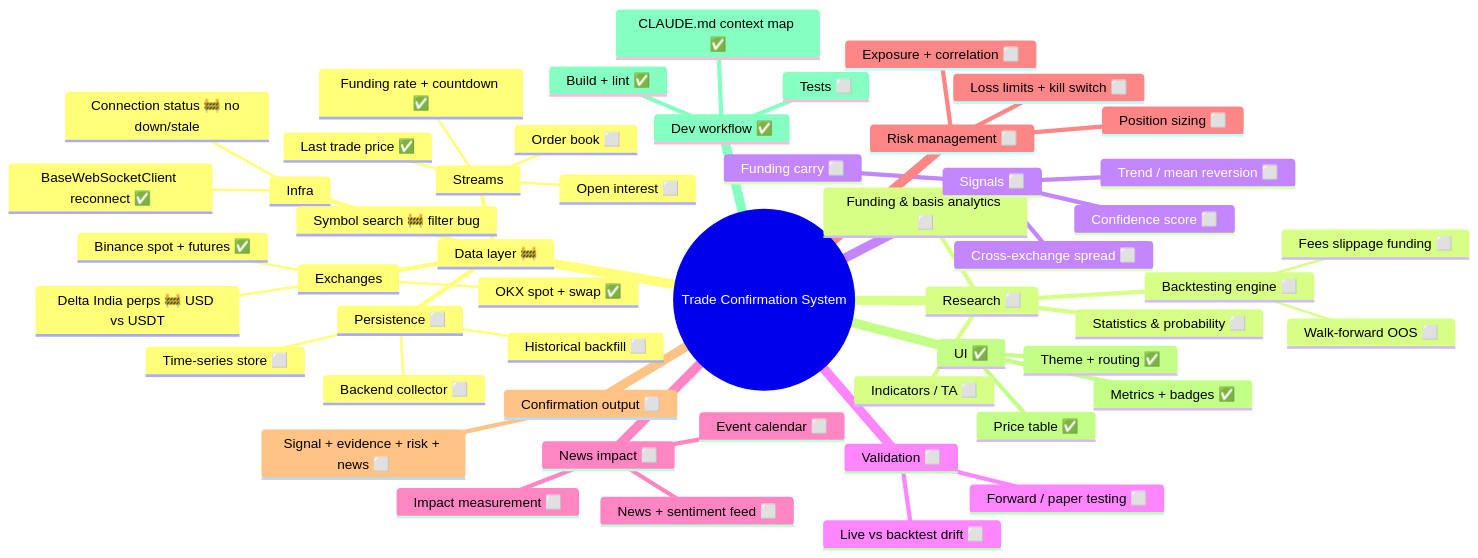
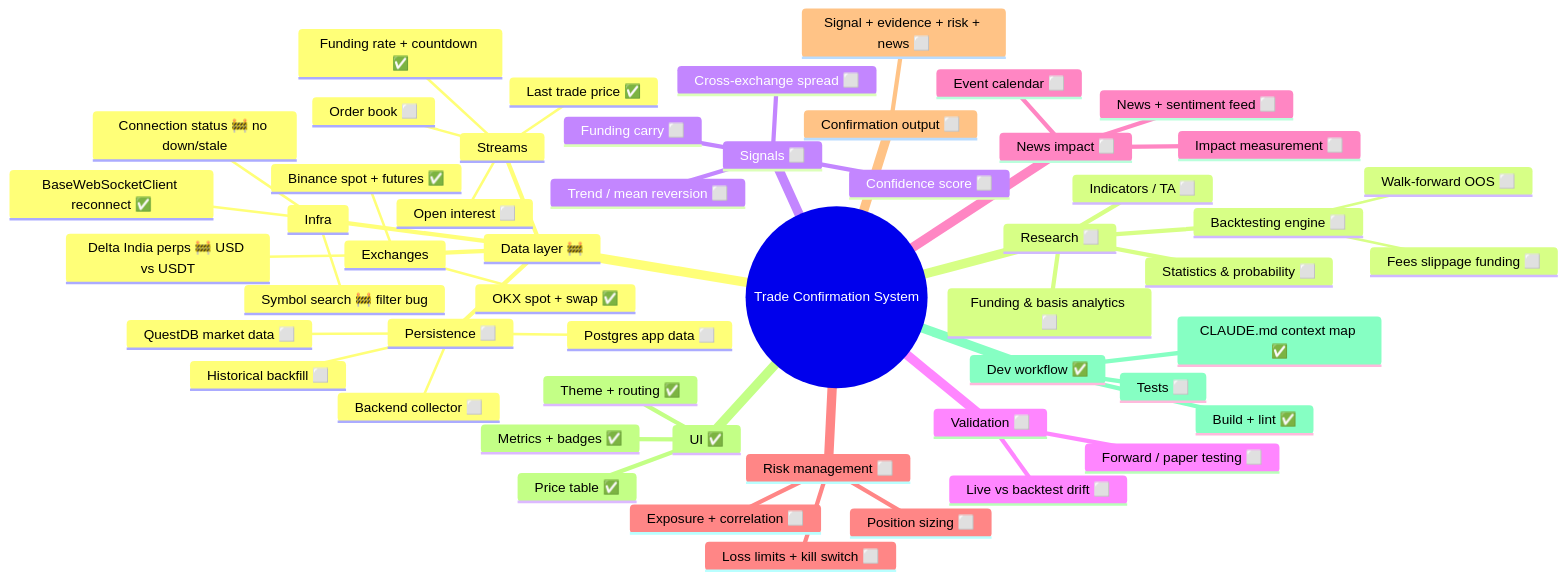
Before and after one commit to ADITYAGPT11/crypto_dashboard: the diagram in docs/context/MINDMAP.md, drawn with Mermaid. The commit also changed 4 other files, not shown here.

First line of the commit message:
Record approved decision: QuestDB for market data, PostgreSQL for app data

````diff
--- a/docs/context/MINDMAP.md
+++ b/docs/context/MINDMAP.md
@@ -7,55 +7,56 @@
 ```mermaid
 mindmap
   root((Trade Confirmation System))
     Data layer 🚧
       Exchanges
         Binance spot + futures ✅
         OKX spot + swap ✅
         Delta India perps 🚧 USD vs USDT
       Streams
         Last trade price ✅
         Funding rate + countdown ✅
         Order book ⬜
         Open interest ⬜
       Infra
         BaseWebSocketClient reconnect ✅
         Connection status 🚧 no down/stale
         Symbol search 🚧 filter bug
       Persistence ⬜
         Backend collector ⬜
-        Time-series store ⬜
+        QuestDB market data ⬜
+        Postgres app data ⬜
         Historical backfill ⬜
     Research ⬜
       Indicators / TA ⬜
       Funding & basis analytics ⬜
       Statistics & probability ⬜
       Backtesting engine ⬜
         Fees slippage funding ⬜
         Walk-forward OOS ⬜
     Signals ⬜
       Funding carry ⬜
       Cross-exchange spread ⬜
       Trend / mean reversion ⬜
       Confidence score ⬜
     Validation ⬜
       Forward / paper testing ⬜
       Live vs backtest drift ⬜
     News impact ⬜
       News + sentiment feed ⬜
       Event calendar ⬜
       Impact measurement ⬜
     Risk management ⬜
       Position sizing ⬜
       Exposure + correlation ⬜
       Loss limits + kill switch ⬜
     Confirmation output ⬜
       Signal + evidence + risk + news ⬜
     UI ✅
       Price table ✅
       Metrics + badges ✅
       Theme + routing ✅
     Dev workflow ✅
       CLAUDE.md context map ✅
       Build + lint ✅
       Tests ⬜
 ```
````
